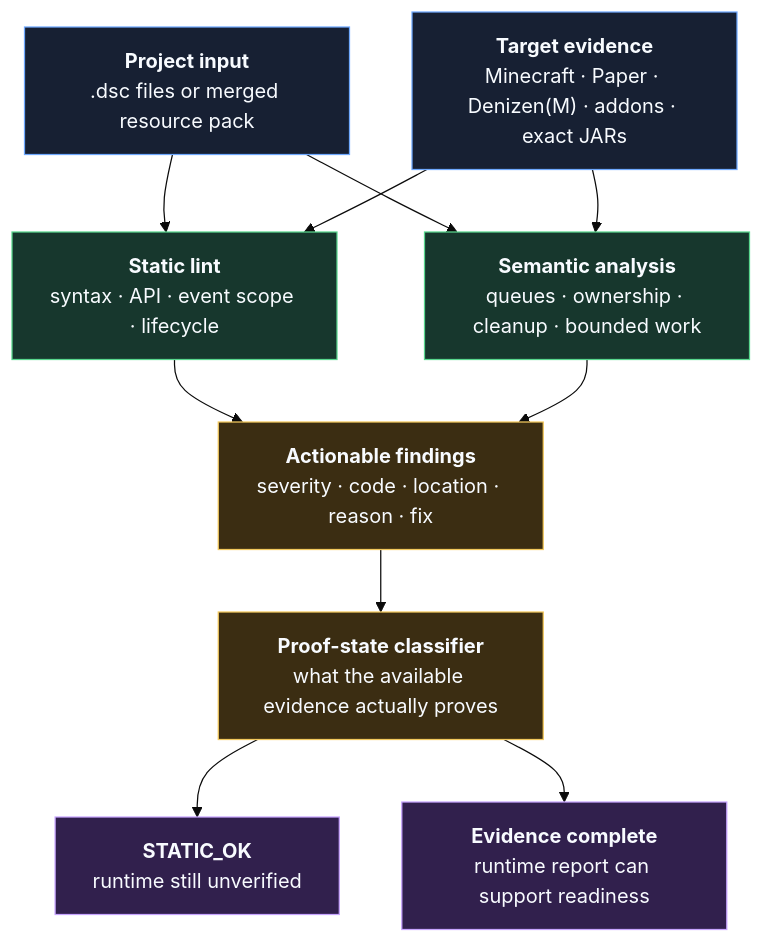
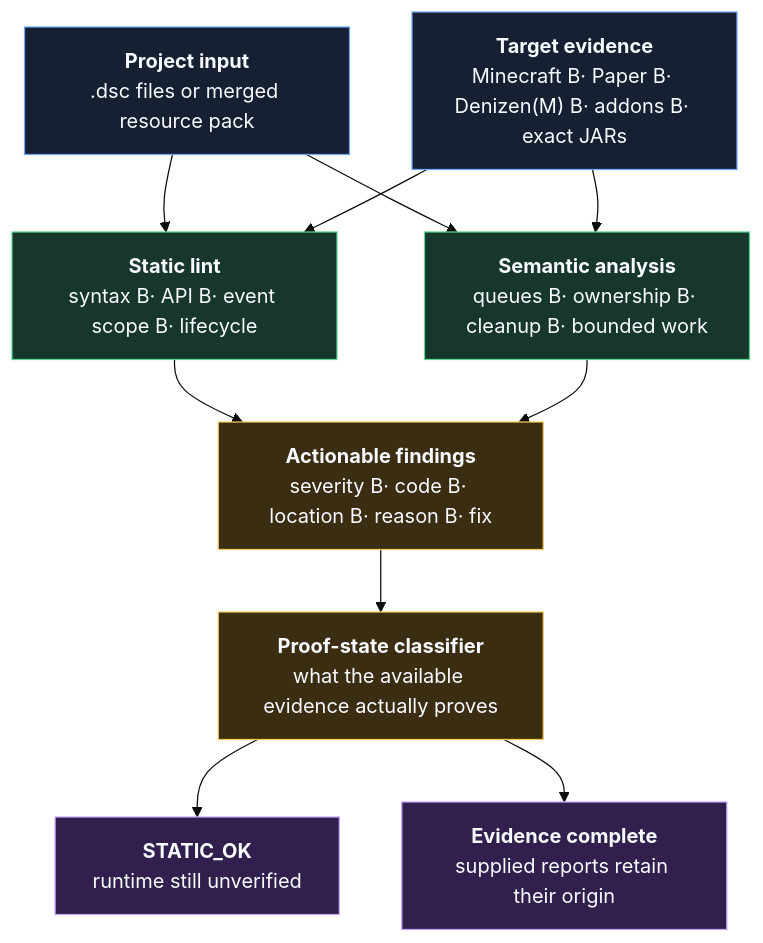
The second of 2 diagrams in docs/ARCHITECTURE.md (28mielav/dCore), drawn with Mermaid (base theme) before and after one commit. The commit also changed other lines of this file and 101 other files, not shown here.

````diff
--- a/docs/ARCHITECTURE.md
+++ b/docs/ARCHITECTURE.md
@@ -28,19 +28,19 @@
 ```mermaid
 flowchart TB
   classDef input fill:#172033,stroke:#6ea8fe,color:#f8fbff,stroke-width:1px;
   classDef analysis fill:#17372d,stroke:#58d68d,color:#f8fbff,stroke-width:1px;
   classDef finding fill:#3b2d12,stroke:#f4c95d,color:#f8fbff,stroke-width:1px;
   classDef result fill:#31204d,stroke:#c7a4ff,color:#f8fbff,stroke-width:1px;
 
   S["<b>Project input</b><br/>.dsc files or merged resource pack"]:::input
-  T["<b>Target evidence</b><br/>Minecraft · Paper · Denizen(M) · addons · exact JARs"]:::input
-  S --> L["<b>Static lint</b><br/>syntax · API · event scope · lifecycle"]:::analysis
-  S --> Q["<b>Semantic analysis</b><br/>queues · ownership · cleanup · bounded work"]:::analysis
+  T["<b>Target evidence</b><br/>Minecraft В· Paper В· Denizen(M) В· addons В· exact JARs"]:::input
+  S --> L["<b>Static lint</b><br/>syntax В· API В· event scope В· lifecycle"]:::analysis
+  S --> Q["<b>Semantic analysis</b><br/>queues В· ownership В· cleanup В· bounded work"]:::analysis
   T --> L
   T --> Q
-  L --> F["<b>Actionable findings</b><br/>severity · code · location · reason · fix"]:::finding
+  L --> F["<b>Actionable findings</b><br/>severity В· code В· location В· reason В· fix"]:::finding
   Q --> F
   F --> P["<b>Proof-state classifier</b><br/>what the available evidence actually proves"]:::finding
   P --> U["<b>STATIC_OK</b><br/>runtime still unverified"]:::result
-  P --> R["<b>Evidence complete</b><br/>runtime report can support readiness"]:::result
+  P --> R["<b>Evidence complete</b><br/>supplied reports retain their origin"]:::result
 ```
````
